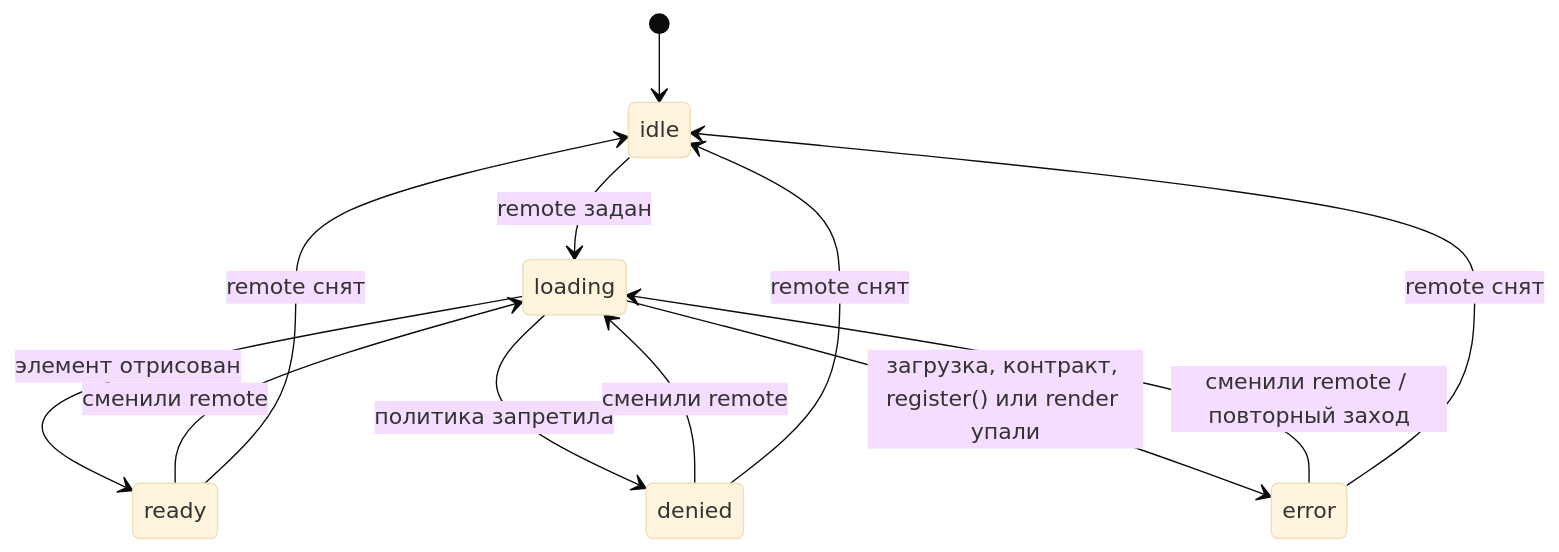
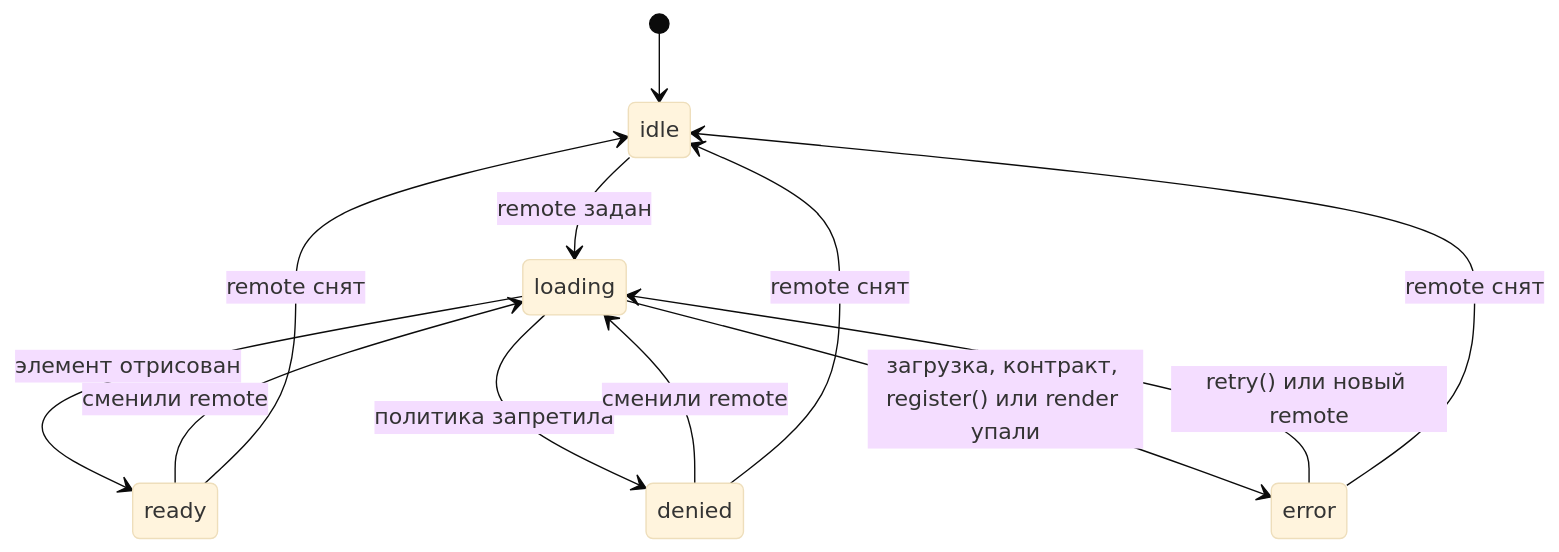
One commit to tamazyanarsen/mfe-platform changed the fifth of 9 diagrams in docs/architecture.md. Above: the diagram before and after it, drawn with Mermaid (base theme). The commit also changed other lines of this file and 9 other files, not shown here.

First line of the commit message:
docs: инструменты разработки, обновлённые схемы, английская версия

````diff
--- a/docs/architecture.md
+++ b/docs/architecture.md
@@ -197,14 +222,14 @@
 ```mermaid
 stateDiagram-v2
   [*] --> idle
   idle --> loading: remote задан
   loading --> ready: элемент отрисован
   loading --> denied: политика запретила
   loading --> error: загрузка, контракт, register() или render упали
   ready --> loading: сменили remote
-  error --> loading: сменили remote / повторный заход
+  error --> loading: retry() или новый remote
   denied --> loading: сменили remote
   ready --> idle: remote снят
   error --> idle: remote снят
   denied --> idle: remote снят
 ```
````
